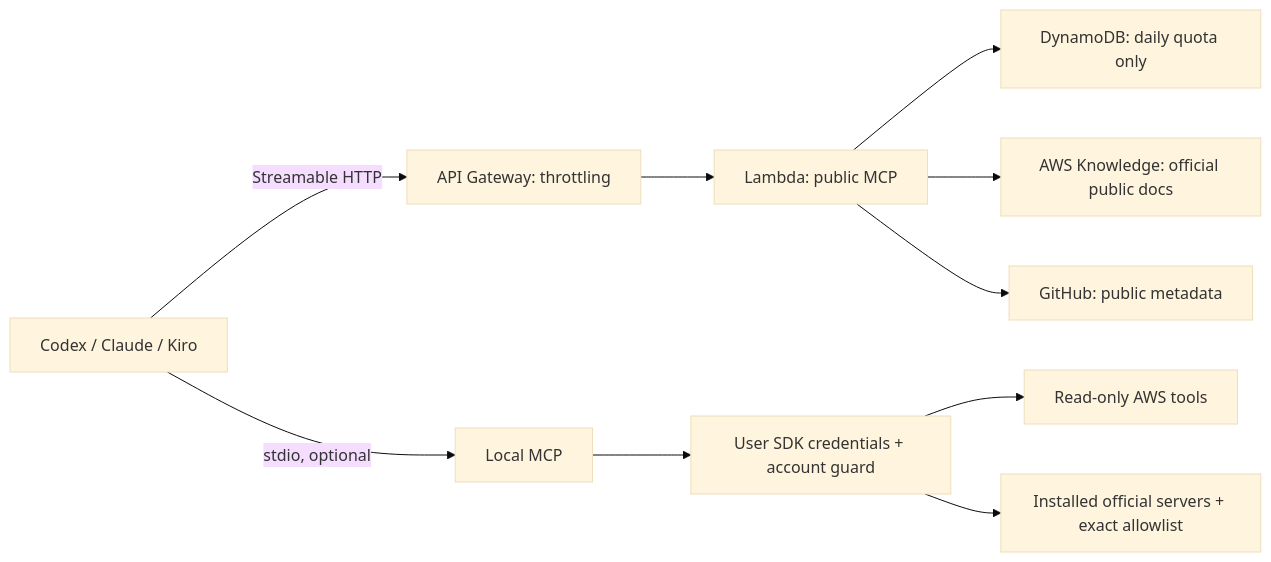
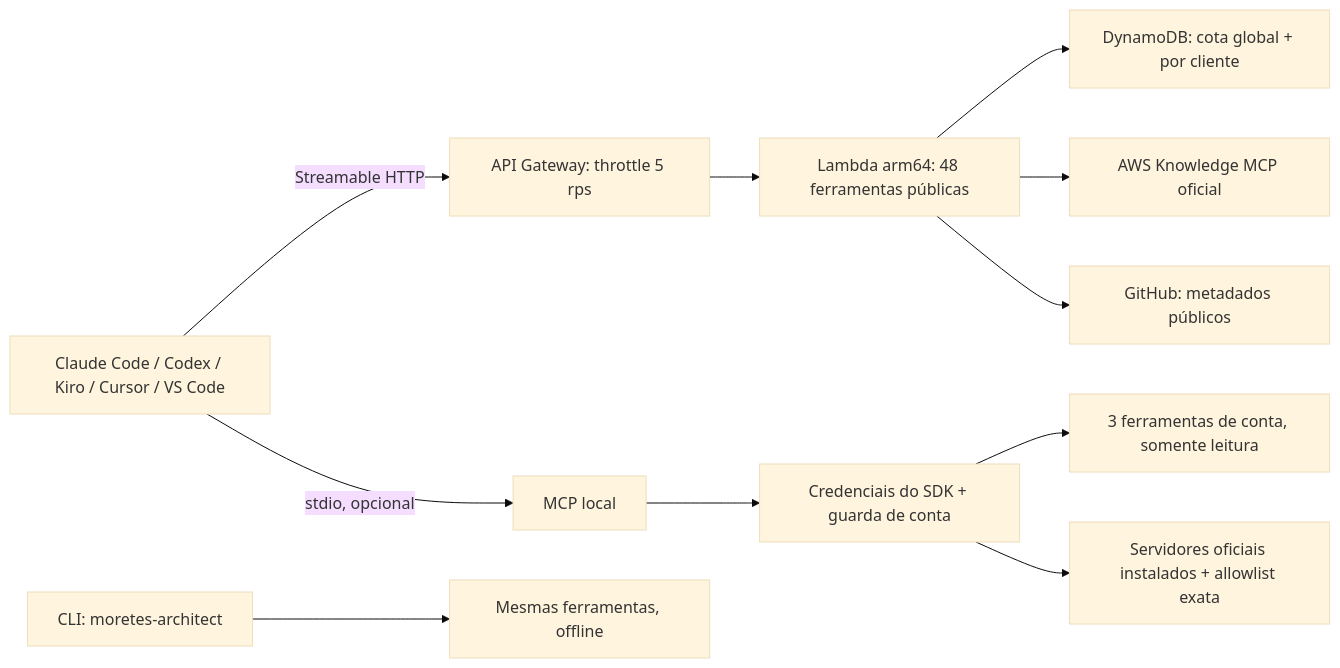
Before and after one commit to fernando-moretes/moretes-aws-architect-mcp: the diagram in README.md, drawn with Mermaid (base theme). The commit also changed other lines of this file and 20 other files, not shown here.

````diff
--- a/README.md
+++ b/README.md
@@ -79,12 +108,13 @@
 ```mermaid
 flowchart LR
-  C[Codex / Claude / Kiro] -->|Streamable HTTP| G[API Gateway: throttling]
-  G --> L[Lambda: public MCP]
-  L --> Q[DynamoDB: daily quota only]
-  L --> K[AWS Knowledge: official public docs]
-  L --> H[GitHub: public metadata]
-  C -->|stdio, optional| S[Local MCP]
-  S --> A[User SDK credentials + account guard]
-  A --> R[Read-only AWS tools]
-  A --> F[Installed official servers + exact allowlist]
+  C[Claude Code / Codex / Kiro / Cursor / VS Code] -->|Streamable HTTP| G[API Gateway: throttle 5 rps]
+  G --> L[Lambda arm64: 48 ferramentas públicas]
+  L --> Q[DynamoDB: cota global + por cliente]
+  L --> K[AWS Knowledge MCP oficial]
+  L --> H[GitHub: metadados públicos]
+  C -->|stdio, opcional| S[MCP local]
+  S --> A[Credenciais do SDK + guarda de conta]
+  A --> R[3 ferramentas de conta, somente leitura]
+  A --> F[Servidores oficiais instalados + allowlist exata]
+  P[CLI: moretes-architect] --> L2[Mesmas ferramentas, offline]
 ```
````
